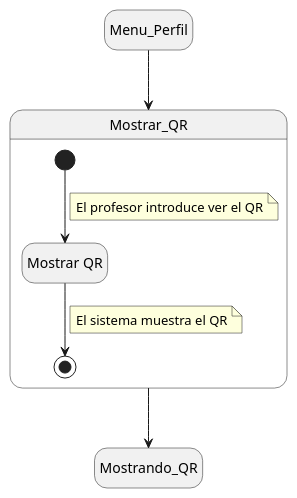
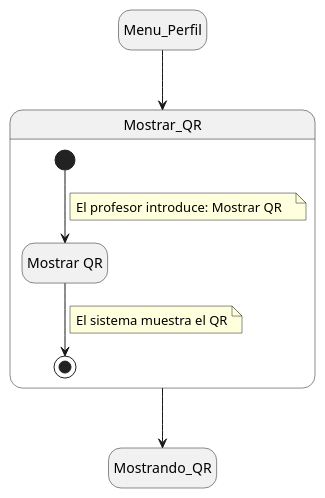
Before and after one commit to mmasias/24-25-IdSw1-SDR: the diagram in Documentos/DetallarCasosDeUso/Profesor/Mostrar_QR.puml, drawn with PlantUML. The commit also changed 1 other file, not shown here.

Commit message:
Mostrar QR

```diff
--- a/Documentos/DetallarCasosDeUso/Profesor/Mostrar_QR.puml
+++ b/Documentos/DetallarCasosDeUso/Profesor/Mostrar_QR.puml
@@ -1,22 +1,22 @@
 @startuml Mostrar_QR
 
 hide empty description
 
 state Menu_Perfil
 state Mostrando_QR
 state Mostrar_QR{
     state Mostrar as "Mostrar QR"
     [*] --> Mostrar
     note on link
-        El profesor introduce ver el QR
+        El profesor introduce: Mostrar QR   
     end note
     Mostrar --> [*]
     note on link
         El sistema muestra el QR
     end note
 }
 
 Menu_Perfil --> Mostrar_QR
 Mostrar_QR --> Mostrando_QR
 
 @enduml
```
